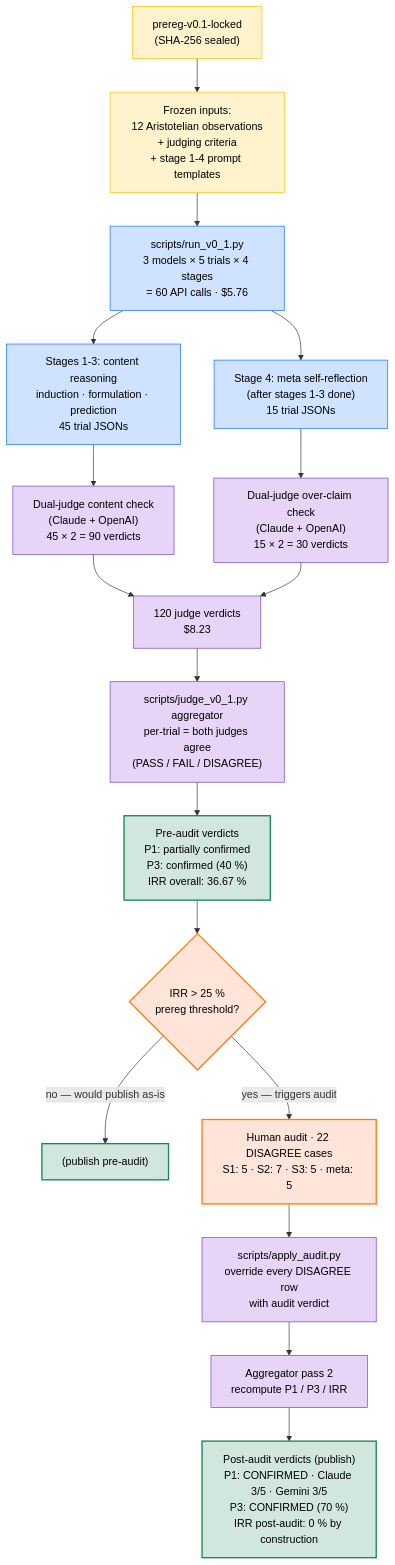
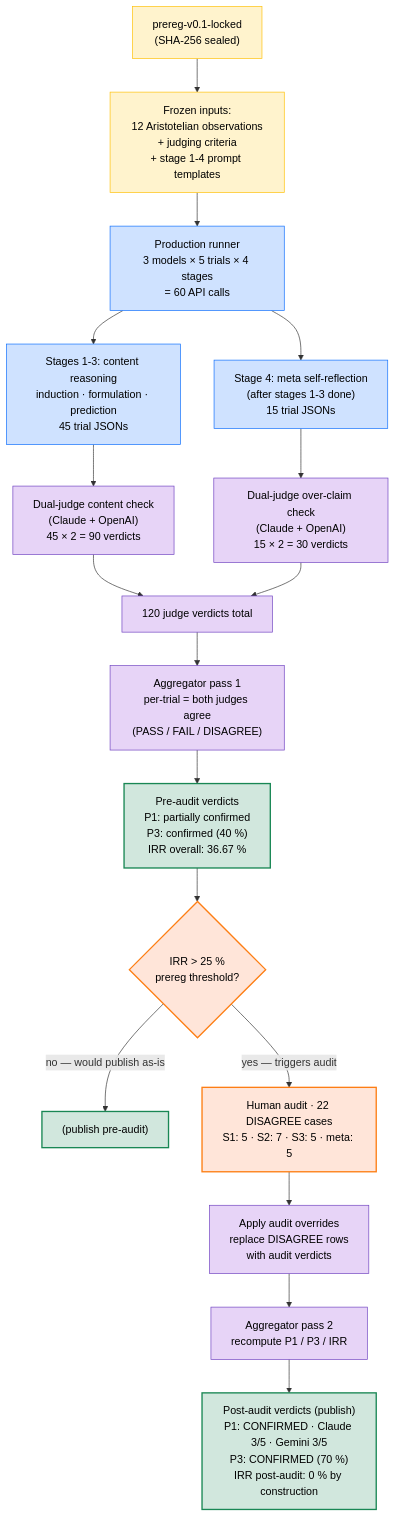
The diagram in analysis/v0_1_findings.md (dongzhang84/physlit), drawn with Mermaid before and after one commit. The commit also changed other lines of this file, not shown here.

Commit message:
findings: trim cost figures and script filenames from pipeline diagram
Per request: drop the dollar amounts (production $5.76 / judging
$8.23 / total $13.99) and the script filenames
(scripts/run_v0_1.py / scripts/judge_v0_1.py / scripts/apply_audit.py)
from the mermaid pipeline diagram nodes — both were operational
detail with low explanatory value at the structural-overview level
where the diagram sits.

The structural counts that *do* matter (60 production calls, 45 vs
15 trial split between content and meta stages, 90 vs 30 judge
verdicts, 120 total verdicts, 22 DISAGREE audit cases, 180 total
API calls) are preserved.

````diff
--- a/analysis/v0_1_findings.md
+++ b/analysis/v0_1_findings.md
@@ -15,42 +15,42 @@
 ```mermaid
 flowchart TD
     PRE["prereg-v0.1-locked<br/>(SHA-256 sealed)"]
     INPUTS["Frozen inputs:<br/>12 Aristotelian observations<br/>+ judging criteria<br/>+ stage 1-4 prompt templates"]
     PRE --> INPUTS
 
-    INPUTS --> RUNNER["scripts/run_v0_1.py<br/>3 models × 5 trials × 4 stages<br/>= 60 API calls · $5.76"]
+    INPUTS --> RUNNER["Production runner<br/>3 models × 5 trials × 4 stages<br/>= 60 API calls"]
 
     RUNNER --> ST3["Stages 1-3: content reasoning<br/>induction · formulation · prediction<br/>45 trial JSONs"]
     RUNNER --> ST4["Stage 4: meta self-reflection<br/>(after stages 1-3 done)<br/>15 trial JSONs"]
 
     ST3 --> JCON["Dual-judge content check<br/>(Claude + OpenAI)<br/>45 × 2 = 90 verdicts"]
     ST4 --> JMETA["Dual-judge over-claim check<br/>(Claude + OpenAI)<br/>15 × 2 = 30 verdicts"]
 
-    JCON --> JTOTAL["120 judge verdicts<br/>$8.23"]
+    JCON --> JTOTAL["120 judge verdicts total"]
     JMETA --> JTOTAL
 
-    JTOTAL --> AGG1["scripts/judge_v0_1.py aggregator<br/>per-trial = both judges agree<br/>(PASS / FAIL / DISAGREE)"]
+    JTOTAL --> AGG1["Aggregator pass 1<br/>per-trial = both judges agree<br/>(PASS / FAIL / DISAGREE)"]
 
     AGG1 --> R1["Pre-audit verdicts<br/>P1: partially confirmed<br/>P3: confirmed (40 %)<br/>IRR overall: 36.67 %"]
 
     R1 --> IRR{"IRR > 25 %<br/>prereg threshold?"}
     IRR -->|no — would publish as-is| EPUB["(publish pre-audit)"]
     IRR -->|yes — triggers audit| AUDIT["Human audit · 22 DISAGREE cases<br/>S1: 5 · S2: 7 · S3: 5 · meta: 5"]
 
-    AUDIT --> APPLY["scripts/apply_audit.py<br/>override every DISAGREE row<br/>with audit verdict"]
+    AUDIT --> APPLY["Apply audit overrides<br/>replace DISAGREE rows<br/>with audit verdicts"]
     APPLY --> AGG2["Aggregator pass 2<br/>recompute P1 / P3 / IRR"]
 
     AGG2 --> R2["Post-audit verdicts (publish)<br/>P1: CONFIRMED · Claude 3/5 · Gemini 3/5<br/>P3: CONFIRMED (70 %)<br/>IRR post-audit: 0 % by construction"]
 
     classDef frozen fill:#fff3cd,stroke:#ffc107,color:#000
     classDef production fill:#cfe2ff,stroke:#0d6efd,color:#000
     classDef judge fill:#e7d4f7,stroke:#6f42c1,color:#000
     classDef gate fill:#ffe5d9,stroke:#fd7e14,stroke-width:2px,color:#000
     classDef output fill:#d1e7dd,stroke:#198754,stroke-width:2px,color:#000
 
     class PRE,INPUTS frozen
     class RUNNER,ST3,ST4 production
     class JCON,JMETA,JTOTAL,AGG1,APPLY,AGG2 judge
     class IRR,AUDIT gate
     class R1,R2,EPUB output
 ```
````
